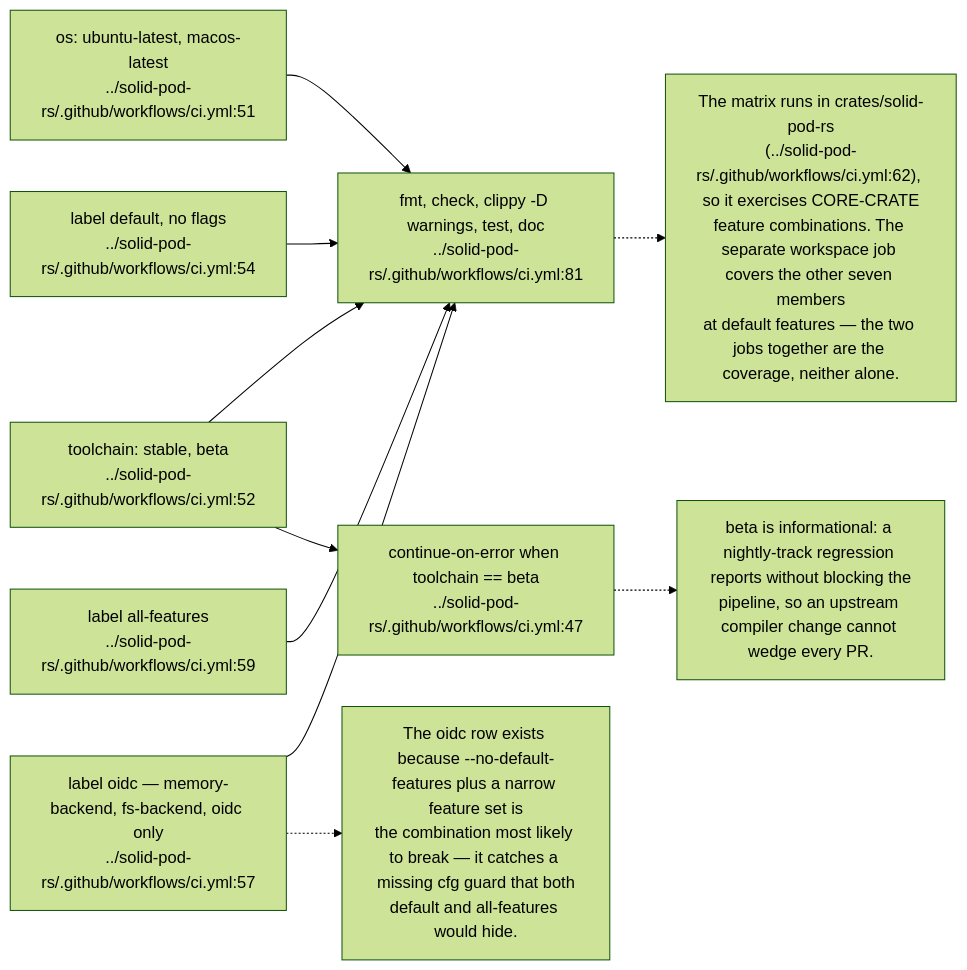
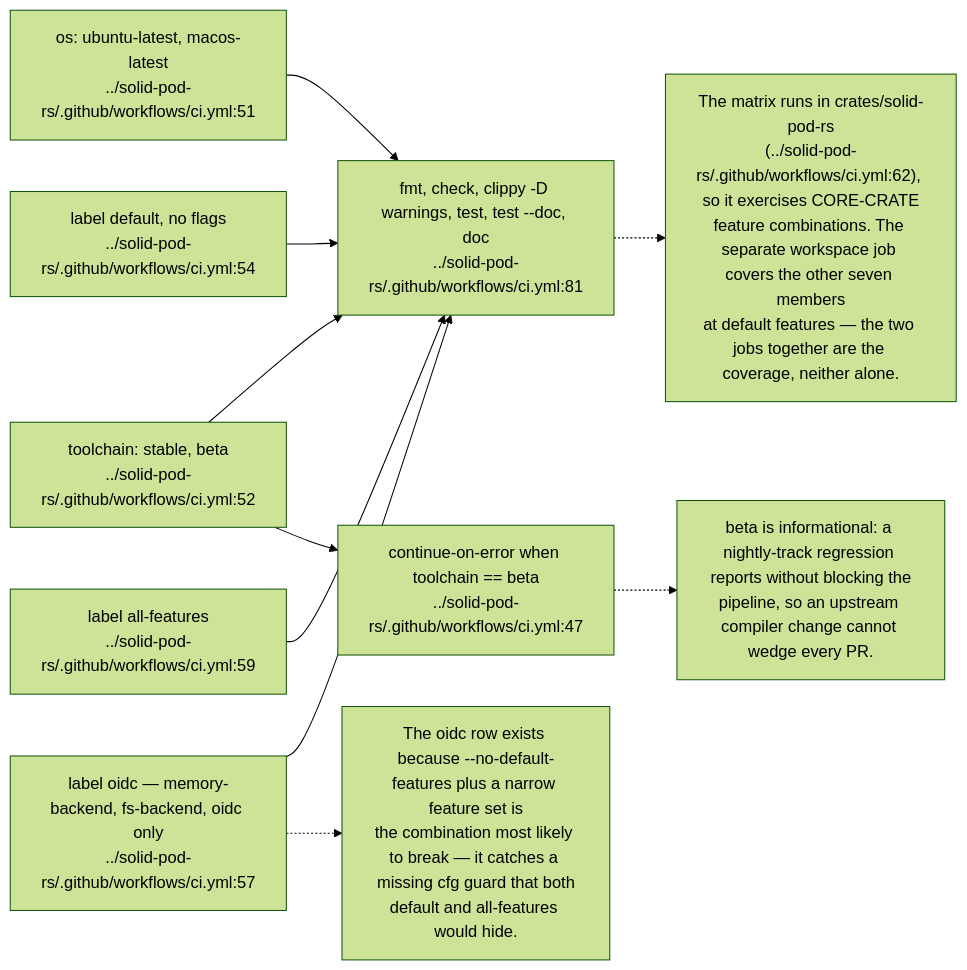
One commit to DreamLab-AI/VisionFlow changed the second of 9 diagrams in docs/diagrams/solid-pod-rs/09-ci-release-and-consumer-pins.md. Above: the diagram before and after it, drawn with Mermaid (forest theme). The commit also changed other lines of this file and 111 other files, not shown here.

Commit message:
docs(diagrams): align estate maps with current source

````diff
--- a/docs/diagrams/solid-pod-rs/09-ci-release-and-consumer-pins.md
+++ b/docs/diagrams/solid-pod-rs/09-ci-release-and-consumer-pins.md
@@ -69,24 +69,24 @@
 ```mermaid
 flowchart LR
     OS["os: ubuntu-latest, macos-latest<br/>../solid-pod-rs/.github/workflows/ci.yml:51"]
     TC["toolchain: stable, beta<br/>../solid-pod-rs/.github/workflows/ci.yml:52"]
     F1["label default, no flags<br/>../solid-pod-rs/.github/workflows/ci.yml:54"]
     F2["label oidc — memory-backend, fs-backend, oidc only<br/>../solid-pod-rs/.github/workflows/ci.yml:57"]
     F3["label all-features<br/>../solid-pod-rs/.github/workflows/ci.yml:59"]
-    STEPS["fmt, check, clippy -D warnings, test, doc<br/>../solid-pod-rs/.github/workflows/ci.yml:81"]
+    STEPS["fmt, check, clippy -D warnings, test, test --doc, doc<br/>../solid-pod-rs/.github/workflows/ci.yml:81"]
     BETA["continue-on-error when toolchain == beta<br/>../solid-pod-rs/.github/workflows/ci.yml:47"]
 
     OS --> STEPS
     TC --> STEPS
     F1 --> STEPS
     F2 --> STEPS
     F3 --> STEPS
     TC --> BETA
 
     N["The matrix runs in crates/solid-pod-rs<br/>(../solid-pod-rs/.github/workflows/ci.yml:62), so it exercises CORE-CRATE<br/>feature combinations. The separate workspace job covers the other seven members<br/>at default features — the two jobs together are the coverage, neither alone."]
     STEPS -.-> N
     N2["beta is informational: a nightly-track regression reports without blocking the<br/>pipeline, so an upstream compiler change cannot wedge every PR."]
     BETA -.-> N2
     N3["The oidc row exists because --no-default-features plus a narrow feature set is<br/>the combination most likely to break — it catches a missing cfg guard that both<br/>default and all-features would hide."]
     F2 -.-> N3
 ```
````
